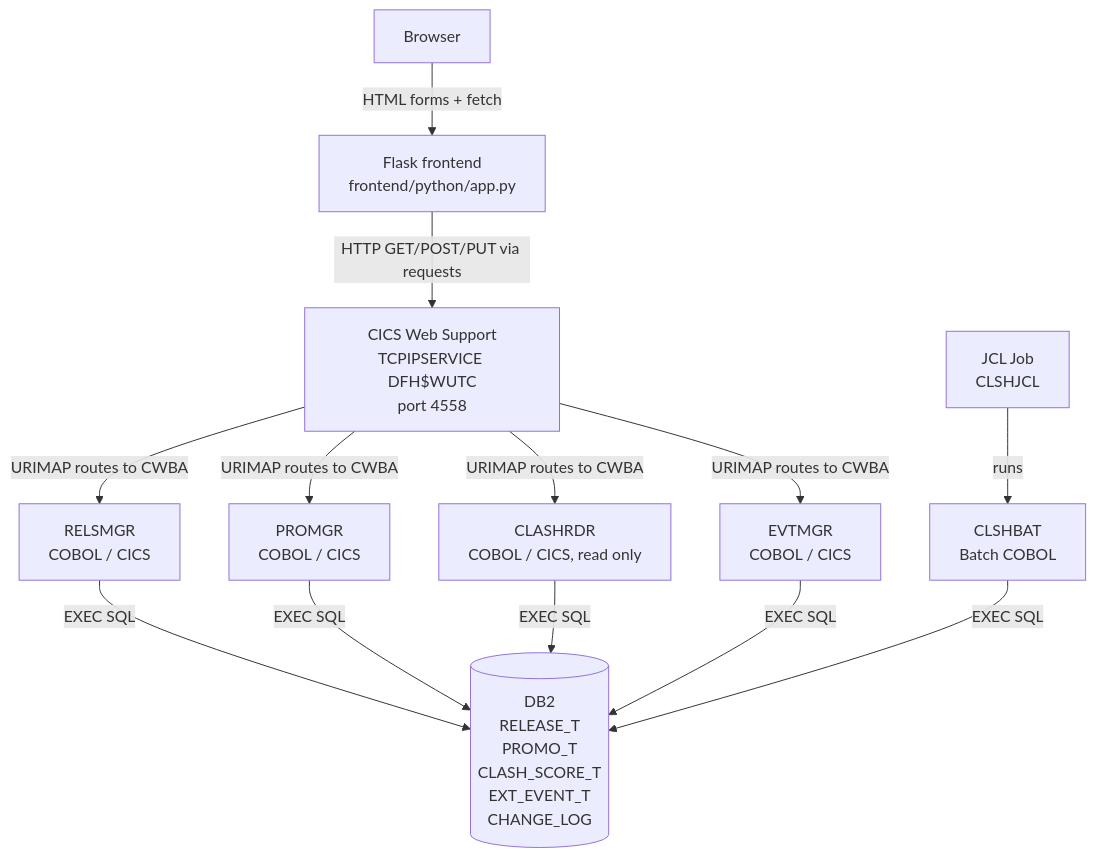
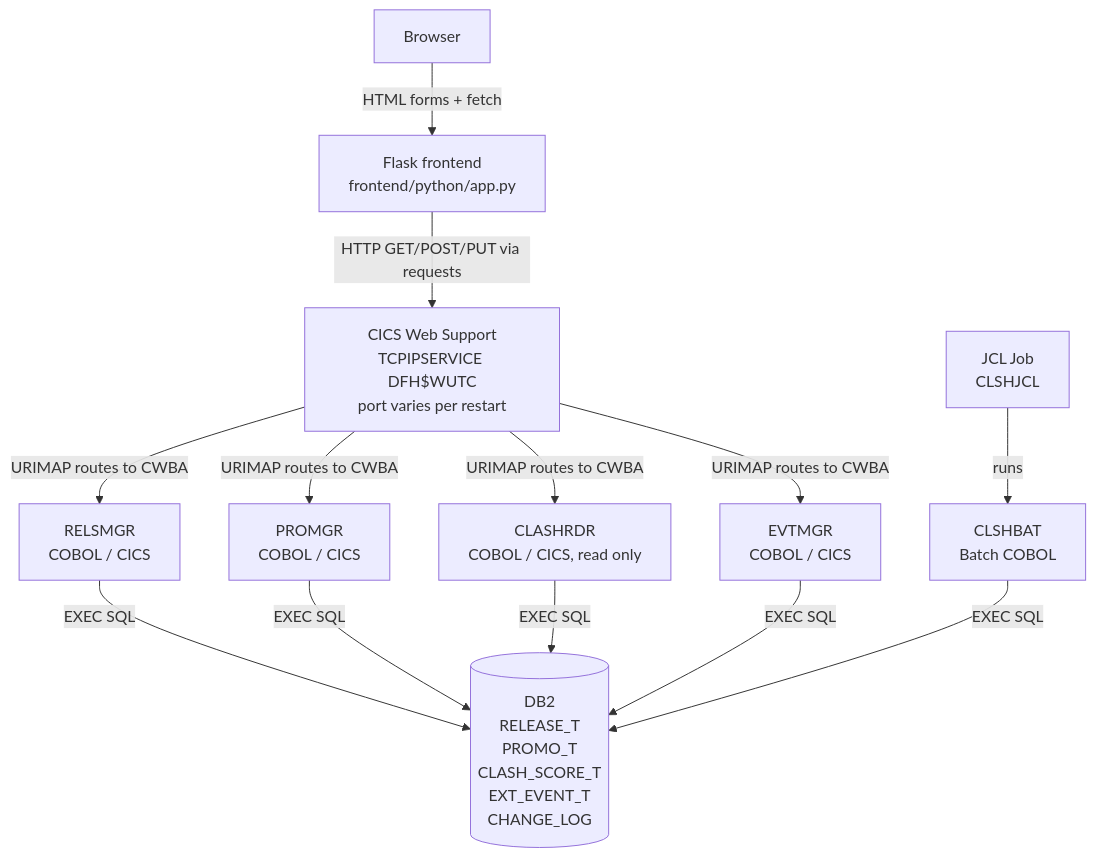
One commit to Z1ngo1/RELEASE-PROMO-ORCHESTRATOR changed the diagram in README.md. Above: the diagram before and after it, drawn with Mermaid. The commit also changed other lines of this file, not shown here.

````diff
--- a/README.md
+++ b/README.md
@@ -40,32 +40,32 @@
 ```mermaid
 flowchart TB
   Browser["Browser"]
   Flask["Flask frontend\nfrontend/python/app.py"]
-  CICS["CICS Web Support\nTCPIPSERVICE DFH$WUTC\nport 4558"]
+  CICS["CICS Web Support\nTCPIPSERVICE DFH$WUTC\nport varies per restart"]
  
   RELSMGR["RELSMGR\nCOBOL / CICS"]
   PROMGR["PROMGR\nCOBOL / CICS"]
   CLASHRDR["CLASHRDR\nCOBOL / CICS, read only"]
   EVTMGR["EVTMGR\nCOBOL / CICS"]
  
   DB2[("DB2\nRELEASE_T\nPROMO_T\nCLASH_SCORE_T\nEXT_EVENT_T\nCHANGE_LOG")]
  
   JCL["JCL Job\nCLSHJCL"]
   CLSHBAT["CLSHBAT\nBatch COBOL"]
  
   Browser -->|"HTML forms + fetch"| Flask
   Flask -->|"HTTP GET/POST/PUT via requests"| CICS
  
   CICS -->|"URIMAP routes to CWBA"| RELSMGR
   CICS -->|"URIMAP routes to CWBA"| PROMGR
   CICS -->|"URIMAP routes to CWBA"| CLASHRDR
   CICS -->|"URIMAP routes to CWBA"| EVTMGR
  
   RELSMGR -->|"EXEC SQL"| DB2
   PROMGR -->|"EXEC SQL"| DB2
   CLASHRDR -->|"EXEC SQL"| DB2
   EVTMGR -->|"EXEC SQL"| DB2
  
   JCL -->|"runs"| CLSHBAT
   CLSHBAT -->|"EXEC SQL"| DB2
 ```
````
